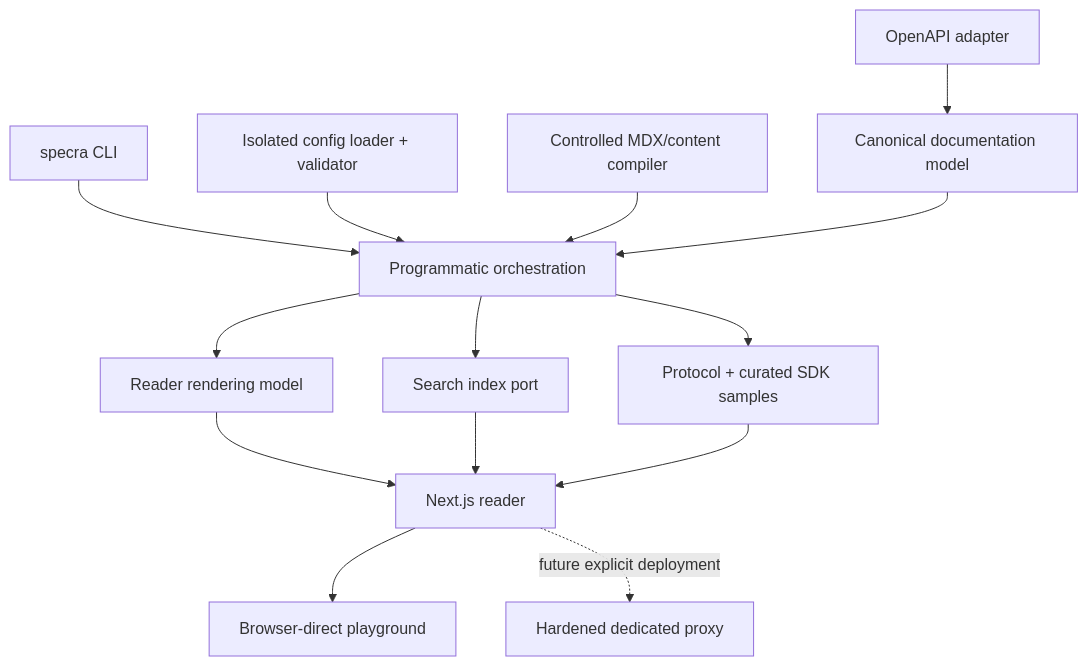
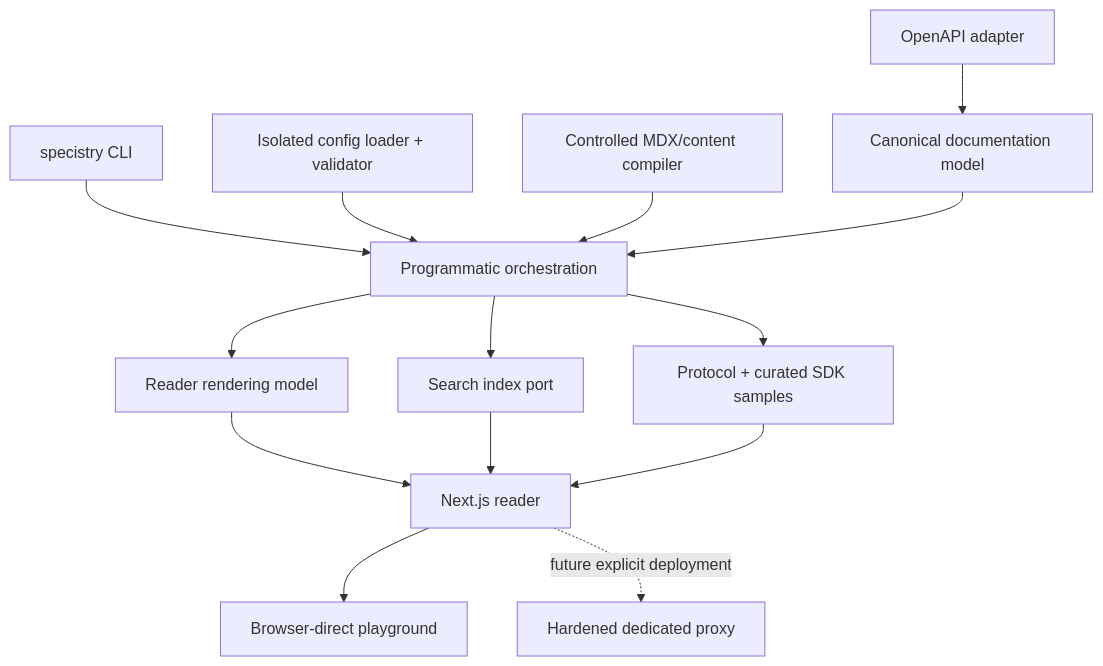
Before and after one commit to yannisyoussef/specistry: the second of 12 diagrams in docs/architecture/README.md, drawn with Mermaid. The commit also changed other lines of this file and 329 other files, not shown here.

````diff
--- a/docs/architecture/README.md
+++ b/docs/architecture/README.md
@@ -24,16 +24,16 @@
 ```mermaid
 flowchart TB
-  CLI["specra CLI"] --> Orchestrator["Programmatic orchestration"]
+  CLI["specistry CLI"] --> Orchestrator["Programmatic orchestration"]
   Config["Isolated config loader + validator"] --> Orchestrator
   Content["Controlled MDX/content compiler"] --> Orchestrator
   OpenAPI["OpenAPI adapter"] --> Model["Canonical documentation model"]
   Model --> Orchestrator
   Orchestrator --> Render["Reader rendering model"]
   Orchestrator --> Search["Search index port"]
   Orchestrator --> Snippets["Protocol + curated SDK samples"]
   Render --> Web["Next.js reader"]
   Search --> Web
   Snippets --> Web
   Web --> BrowserPlay["Browser-direct playground"]
   Web -. "future explicit deployment" .-> Proxy["Hardened dedicated proxy"]
 ```
````
